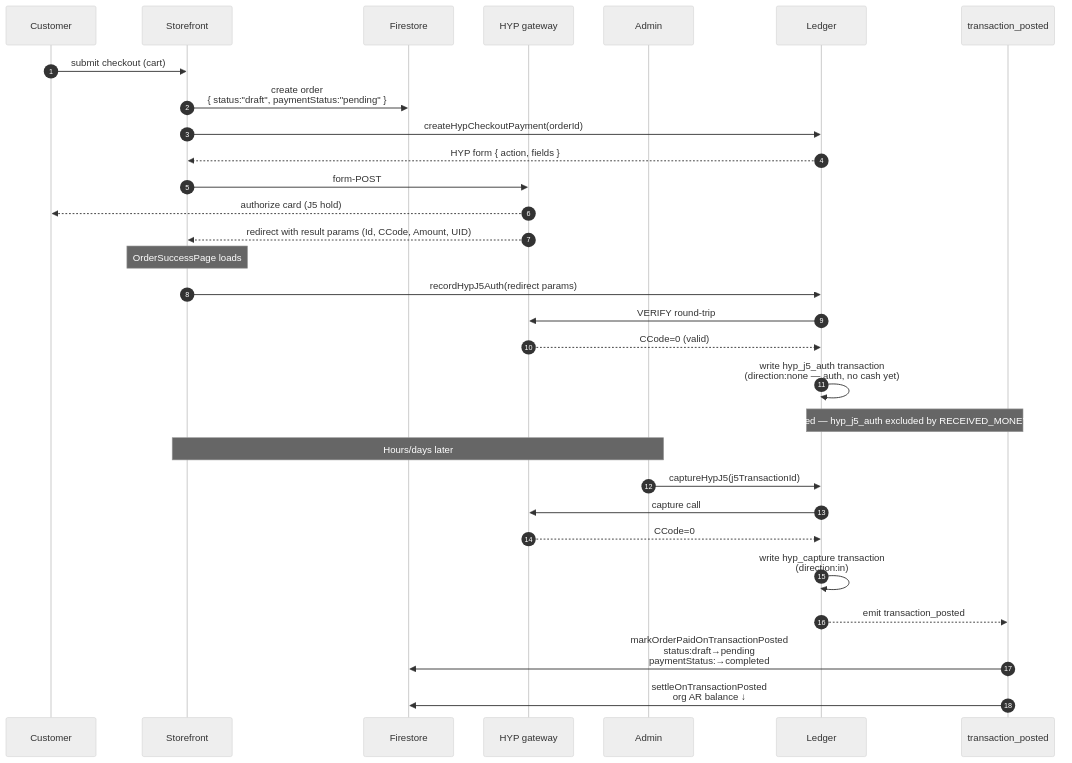
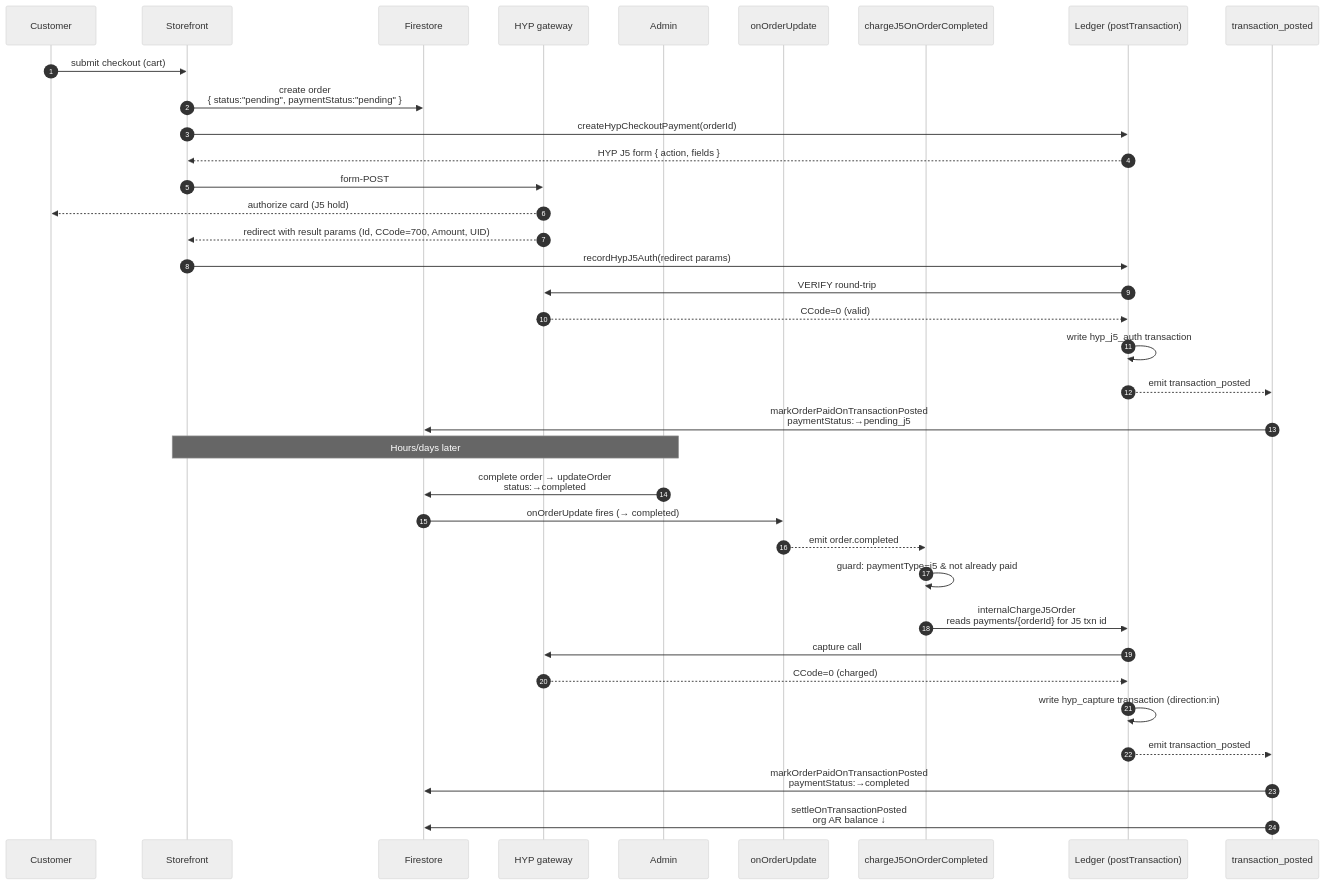
Before and after one commit to jsdev-ninja/stores: the first of 3 diagrams in apps/docs/docs/architecture/payment-flows.md, drawn with Mermaid (neutral theme). The commit also changed other lines of this file and 18 other files, not shown here.

Commit message:
feat: implement order completed event and automate J5 payment processing via new ledger subscriber

````diff
--- a/apps/docs/docs/architecture/payment-flows.md
+++ b/apps/docs/docs/architecture/payment-flows.md
@@ -47,35 +50,40 @@
 ```mermaid
 sequenceDiagram
   autonumber
   participant C as Customer
   participant FE as Storefront
   participant FS as Firestore
   participant HYP as HYP gateway
   participant A as Admin
-  participant L as Ledger
+  participant OU as onOrderUpdate
+  participant CJ as chargeJ5OnOrderCompleted
+  participant L as Ledger (postTransaction)
   participant T as transaction_posted
 
   C->>FE: submit checkout (cart)
-  FE->>FS: create order<br/>{ status:"draft", paymentStatus:"pending" }
+  FE->>FS: create order<br/>{ status:"pending", paymentStatus:"pending" }
   FE->>L: createHypCheckoutPayment(orderId)
-  L-->>FE: HYP form { action, fields }
+  L-->>FE: HYP J5 form { action, fields }
   FE->>HYP: form-POST
   HYP-->>C: authorize card (J5 hold)
-  HYP-->>FE: redirect with result params (Id, CCode, Amount, UID)
-
-  Note over FE: OrderSuccessPage loads
+  HYP-->>FE: redirect with result params (Id, CCode=700, Amount, UID)
   FE->>L: recordHypJ5Auth(redirect params)
   L->>HYP: VERIFY round-trip
   HYP-->>L: CCode=0 (valid)
-  L->>L: write hyp_j5_auth transaction<br/>(direction:none — auth, no cash yet)
-  Note over L,T: NOT settled — hyp_j5_auth excluded by RECEIVED_MONEY_TYPES
+  L->>L: write hyp_j5_auth transaction
+  L-->>T: emit transaction_posted
+  T->>FS: markOrderPaidOnTransactionPosted<br/>paymentStatus:→pending_j5
 
   Note over A,FE: Hours/days later
-  A->>L: captureHypJ5(j5TransactionId)
+  A->>FS: complete order → updateOrder<br/>status:→completed
+  FS->>OU: onOrderUpdate fires (→ completed)
+  OU-->>CJ: emit order.completed
+  CJ->>CJ: guard: paymentType=j5 & not already paid
+  CJ->>L: internalChargeJ5Order<br/>reads payments/{orderId} for J5 txn id
   L->>HYP: capture call
-  HYP-->>L: CCode=0
-  L->>L: write hyp_capture transaction<br/>(direction:in)
+  HYP-->>L: CCode=0 (charged)
+  L->>L: write hyp_capture transaction (direction:in)
   L-->>T: emit transaction_posted
-  T->>FS: markOrderPaidOnTransactionPosted<br/>status:draft→pending<br/>paymentStatus:→completed
+  T->>FS: markOrderPaidOnTransactionPosted<br/>paymentStatus:→completed
   T->>FS: settleOnTransactionPosted<br/>org AR balance ↓
 ```
````
